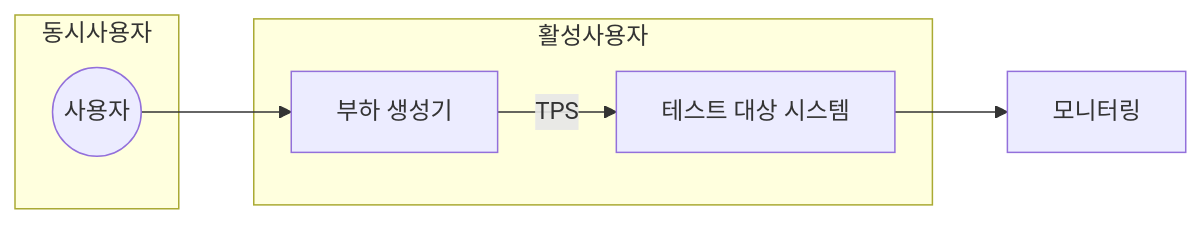
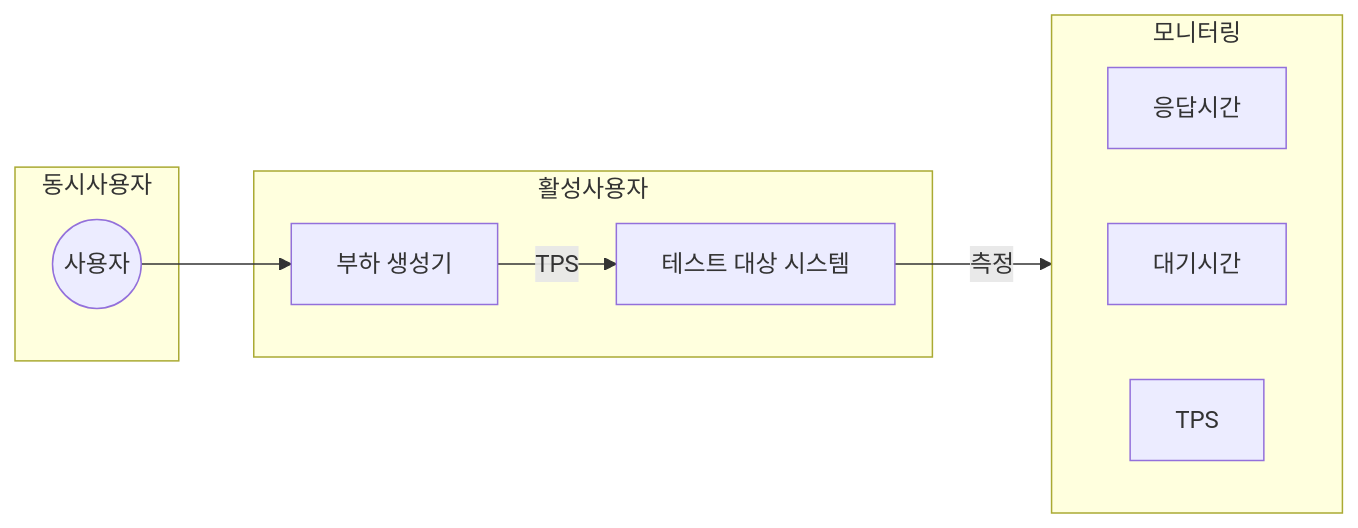
One commit to gracefullight/gracefullight.github.io changed the diagram in blog/pe/sw/performance-test.md. Above: the diagram before and after it, drawn with Mermaid. The commit also changed other lines of this file and 3 other files, not shown here.

````diff
--- a/blog/pe/sw/performance-test.md
+++ b/blog/pe/sw/performance-test.md
@@ -20,13 +20,20 @@
 ```mermaid
 graph LR
   subgraph 동시사용자
     사용자((사용자))
   end
 
   subgraph 활성사용자
     사용자 --> 부하생성기[부하 생성기]
     부하생성기 -->|TPS| 테스트대상시스템[테스트 대상 시스템]
   end
 
-  테스트대상시스템 --> 모니터링
+  테스트대상시스템 --> |측정| 모니터링
+
+  subgraph 모니터링
+    direction LR
+    응답시간
+    대기시간
+    TPS
+  end
 ```
````
